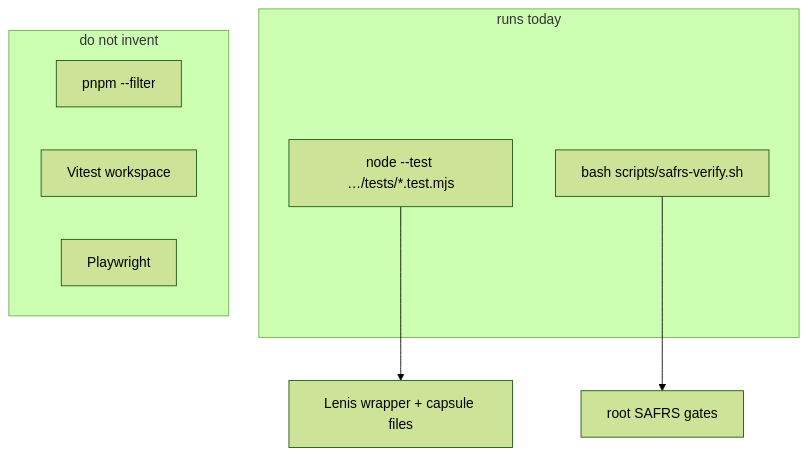
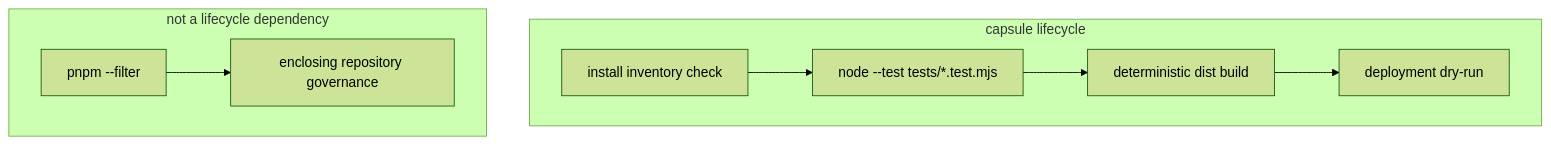
Before and after one commit to drferdi/Monorepo-safrs: the diagram in projects/corporate/portfolio-drnovia/docs/testing.md, drawn with Mermaid (forest theme). The commit also changed other lines of this file and 14 other files, not shown here.

````diff
--- a/projects/corporate/portfolio-drnovia/docs/testing.md
+++ b/projects/corporate/portfolio-drnovia/docs/testing.md
@@ -19,14 +22,15 @@
 ```mermaid
 flowchart TB
-  subgraph Exist["runs today"]
-    NT["node --test …/tests/*.test.mjs"]
-    SV["bash scripts/safrs-verify.sh"]
+  subgraph Exist["capsule lifecycle"]
+    IN["install inventory check"]
+    NT["node --test tests/*.test.mjs"]
+    BU["deterministic dist build"]
+    DR["deployment dry-run"]
   end
-  subgraph Missing["do not invent"]
+  subgraph Separate["not a lifecycle dependency"]
     PN["pnpm --filter"]
-    VT["Vitest workspace"]
-    PW["Playwright"]
+    GOV["enclosing repository governance"]
   end
-  NT --> Files["Lenis wrapper + capsule files"]
-  SV --> Gov["root SAFRS gates"]
+  IN --> NT --> BU --> DR
+  PN --> GOV
 ```
````
